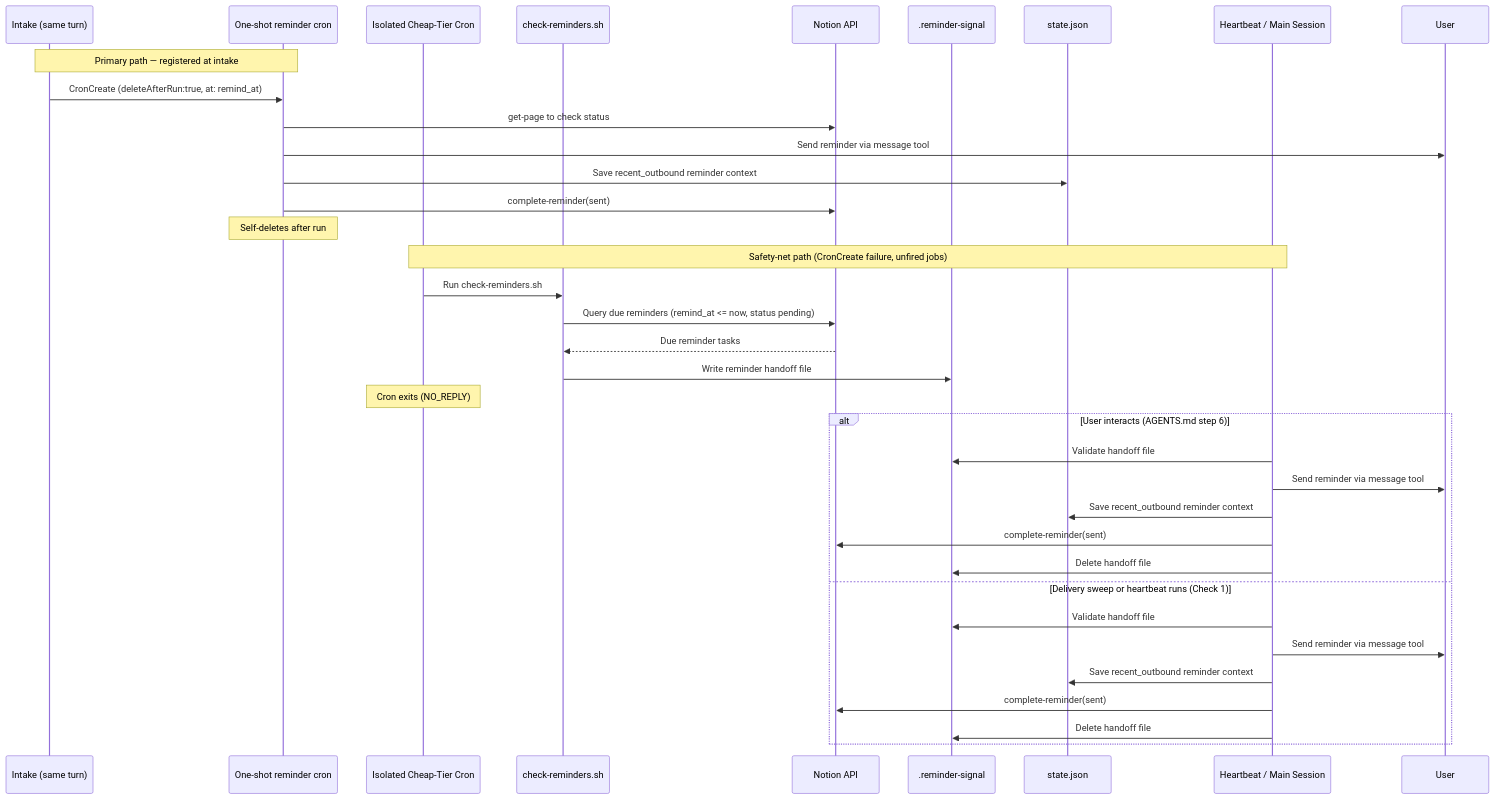
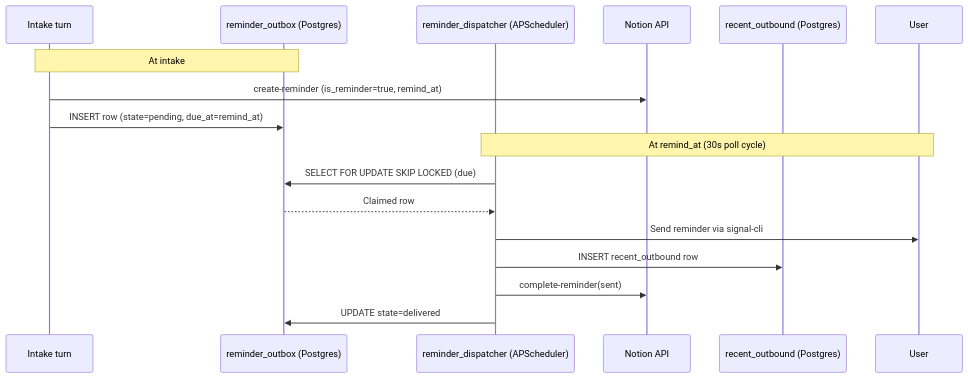
One commit to NickBorgersProbably/hide-my-list changed diagram 22 of 28 in docs/user-interactions.md. Above: the diagram before and after it, drawn with Mermaid. The commit also changed other lines of this file and 34 other files, not shown here.

````diff
--- a/docs/user-interactions.md
+++ b/docs/user-interactions.md
@@ -744,40 +741,21 @@
 ```mermaid
 sequenceDiagram
-    participant Intake as Intake (same turn)
-    participant OneShotCron as One-shot reminder cron
-    participant Cron as Isolated Cheap-Tier Cron
-    participant Scr as check-reminders.sh
+    participant Intake as Intake turn
+    participant Outbox as reminder_outbox (Postgres)
+    participant Worker as reminder_dispatcher (APScheduler)
     participant Notion as Notion API
-    participant Signal as .reminder-signal
-    participant State as state.json
-    participant Delivery as Heartbeat / Main Session
+    participant RecentOut as recent_outbound (Postgres)
     participant User
 
-    Note over Intake,OneShotCron: Primary path — registered at intake
-    Intake->>OneShotCron: CronCreate (deleteAfterRun:true, at: remind_at)
-    OneShotCron->>Notion: get-page to check status
-    OneShotCron->>User: Send reminder via message tool
-    OneShotCron->>State: Save recent_outbound reminder context
-    OneShotCron->>Notion: complete-reminder(sent)
-    Note over OneShotCron: Self-deletes after run
+    Note over Intake,Outbox: At intake
+    Intake->>Notion: create-reminder (is_reminder=true, remind_at)
+    Intake->>Outbox: INSERT row (state=pending, due_at=remind_at)
 
-    Note over Cron,Delivery: Safety-net path (CronCreate failure, unfired jobs)
-    Cron->>Scr: Run check-reminders.sh
-    Scr->>Notion: Query due reminders (remind_at <= now, status pending)
-    Notion-->>Scr: Due reminder tasks
-    Scr->>Signal: Write reminder handoff file
-    Note over Cron: Cron exits (NO_REPLY)
-    alt User interacts (AGENTS.md step 6)
-        Delivery->>Signal: Validate handoff file
-        Delivery->>User: Send reminder via message tool
-        Delivery->>State: Save recent_outbound reminder context
-        Delivery->>Notion: complete-reminder(sent)
-        Delivery->>Signal: Delete handoff file
-    else Delivery sweep or heartbeat runs (Check 1)
-        Delivery->>Signal: Validate handoff file
-        Delivery->>User: Send reminder via message tool
-        Delivery->>State: Save recent_outbound reminder context
-        Delivery->>Notion: complete-reminder(sent)
-        Delivery->>Signal: Delete handoff file
-    end
+    Note over Worker,User: At remind_at (30s poll cycle)
+    Worker->>Outbox: SELECT FOR UPDATE SKIP LOCKED (due)
+    Outbox-->>Worker: Claimed row
+    Worker->>User: Send reminder via signal-cli
+    Worker->>RecentOut: INSERT recent_outbound row
+    Worker->>Notion: complete-reminder(sent)
+    Worker->>Outbox: UPDATE state=delivered
 ```
````
